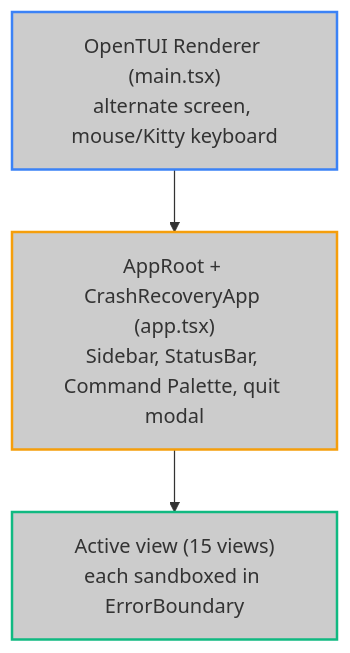
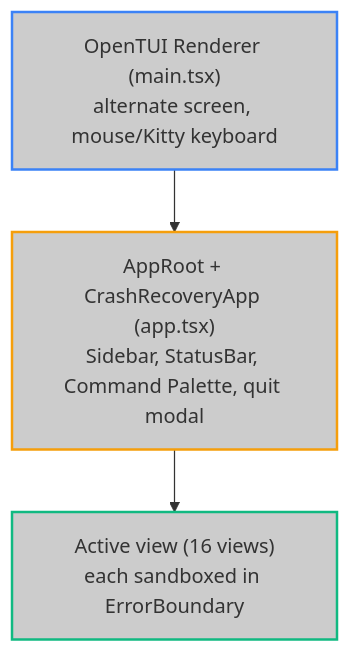
One commit to jango-blockchained/hoox changed the diagram in docs/devops/tui.mdx. Above: the diagram before and after it, drawn with Mermaid. The commit also changed other lines of this file and 6 other files, not shown here.

````diff
--- a/docs/devops/tui.mdx
+++ b/docs/devops/tui.mdx
@@ -15,10 +15,10 @@
 ```mermaid
 graph TD
     Renderer["OpenTUI Renderer (main.tsx)<br/>alternate screen, mouse/Kitty keyboard"] -->
     AppRoot["AppRoot + CrashRecoveryApp (app.tsx)<br/>Sidebar, StatusBar, Command Palette, quit modal"] -->
-    ActiveView["Active view (15 views)<br/>each sandboxed in ErrorBoundary"]
+    ActiveView["Active view (16 views)<br/>each sandboxed in ErrorBoundary"]
 
     style Renderer fill:#CCCCCC,stroke:#3b82f6,stroke-width:2
     style AppRoot fill:#CCCCCC,stroke:#f59e0b,stroke-width:2
     style ActiveView fill:#CCCCCC,stroke:#10b981,stroke-width:2
 ```
````
